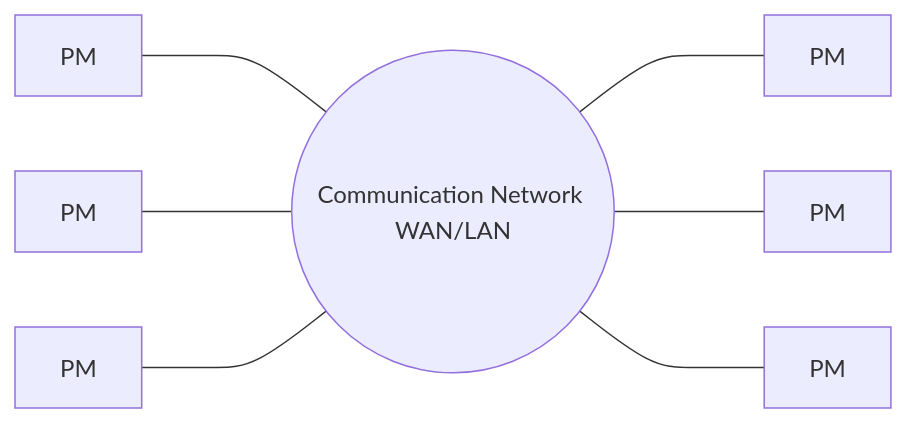
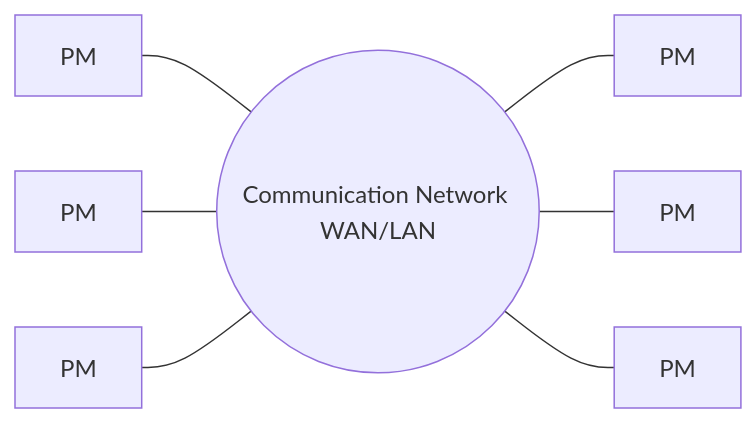
The first of 2 diagrams in docs/Knowledge Base/All Semesters/Semester 1/Distributed Computing/Week1DC.md (Akhilsudh/BITS-WILP-Knowledge-Base), drawn with Mermaid before and after one commit. The commit also changed other lines of this file, not shown here.

Commit message:
Corrected diagrams

````diff
--- a/docs/Knowledge Base/All Semesters/Semester 1/Distributed Computing/Week1DC.md
+++ b/docs/Knowledge Base/All Semesters/Semester 1/Distributed Computing/Week1DC.md
@@ -29,10 +29,10 @@
 ```mermaid
 graph LR
-A[PM]----G
-B[PM]----G
-C[PM]----G
-G----D[PM]
-G----E[PM]
-G----F[PM]
+A[PM]---G
+B[PM]---G
+C[PM]---G
+G---D[PM]
+G---E[PM]
+G---F[PM]
 G((Communication Network WAN/LAN))
 ```
````
